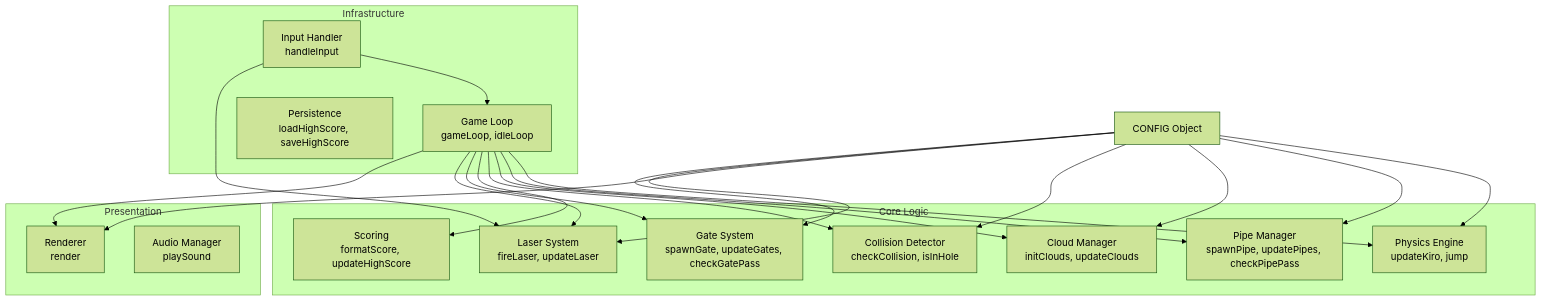
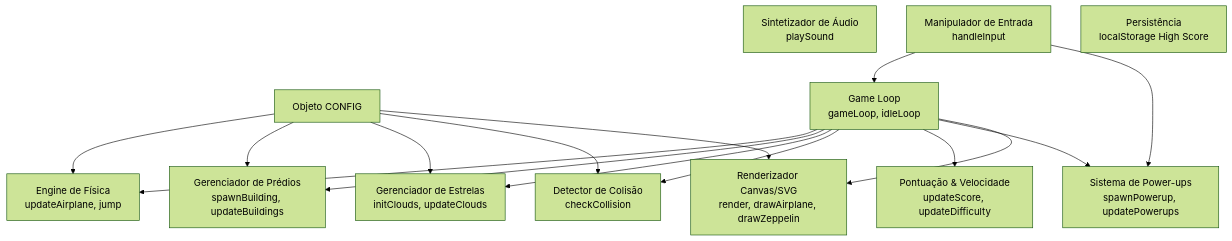
The third of 6 diagrams in README.md (camialmeidas/camikaze-flappy-game), drawn with Mermaid (forest theme) before and after one commit. The commit also changed other lines of this file and 2 other files, not shown here.

````diff
--- a/README.md
+++ b/README.md
@@ -67,42 +85,31 @@
 ```mermaid
 graph TD
-    CONFIG[CONFIG Object] --> Physics
-    CONFIG --> PipeManager
+    CONFIG["Objeto CONFIG"]
+    Physics["Engine de Física<br/>updateAirplane, jump"]
+    BuildingManager["Gerenciador de Prédios<br/>spawnBuilding, updateBuildings"]
+    CloudManager["Gerenciador de Estrelas<br/>initClouds, updateClouds"]
+    CollisionDetector["Detector de Colisão<br/>checkCollision"]
+    Scoring["Pontuação & Velocidade<br/>updateScore, updateDifficulty"]
+    PowerupSystem["Sistema de Power-ups<br/>spawnPowerup, updatePowerups"]
+    Renderer["Renderizador Canvas/SVG<br/>render, drawAirplane, drawZeppelin"]
+    AudioManager["Sintetizador de Áudio<br/>playSound"]
+    InputHandler["Manipulador de Entrada<br/>handleInput"]
+    GameLoop["Game Loop<br/>gameLoop, idleLoop"]
+    Persistence["Persistência<br/>localStorage High Score"]
+
+    CONFIG --> Physics
+    CONFIG --> BuildingManager
     CONFIG --> CloudManager
     CONFIG --> CollisionDetector
     CONFIG --> Renderer
-    CONFIG --> LaserSystem
-    CONFIG --> GateSystem
-
-    subgraph Core Logic
-        Physics[Physics Engine<br/>updateKiro, jump]
-        PipeManager[Pipe Manager<br/>spawnPipe, updatePipes, checkPipePass]
-        CloudManager[Cloud Manager<br/>initClouds, updateClouds]
-        CollisionDetector[Collision Detector<br/>checkCollision, isInHole]
-        Scoring[Scoring<br/>formatScore, updateHighScore]
-        GateSystem[Gate System<br/>spawnGate, updateGates, checkGatePass]
-        LaserSystem[Laser System<br/>fireLaser, updateLaser]
-    end
-
-    subgraph Presentation
-        Renderer[Renderer<br/>render]
-        AudioManager[Audio Manager<br/>playSound]
-    end
-
-    subgraph Infrastructure
-        InputHandler[Input Handler<br/>handleInput]
-        GameLoop[Game Loop<br/>gameLoop, idleLoop]
-        Persistence[Persistence<br/>loadHighScore, saveHighScore]
-    end
 
     GameLoop --> Physics
-    GameLoop --> PipeManager
+    GameLoop --> BuildingManager
     GameLoop --> CloudManager
     GameLoop --> CollisionDetector
     GameLoop --> Scoring
-    GameLoop --> GateSystem
-    GameLoop --> LaserSystem
+    GameLoop --> PowerupSystem
     GameLoop --> Renderer
     InputHandler --> GameLoop
-    InputHandler --> LaserSystem
+    InputHandler --> PowerupSystem
 ```
````
